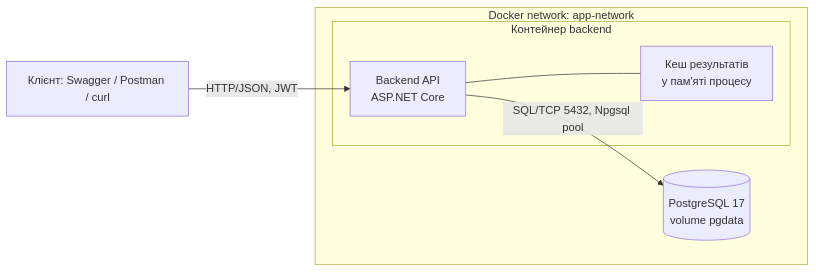
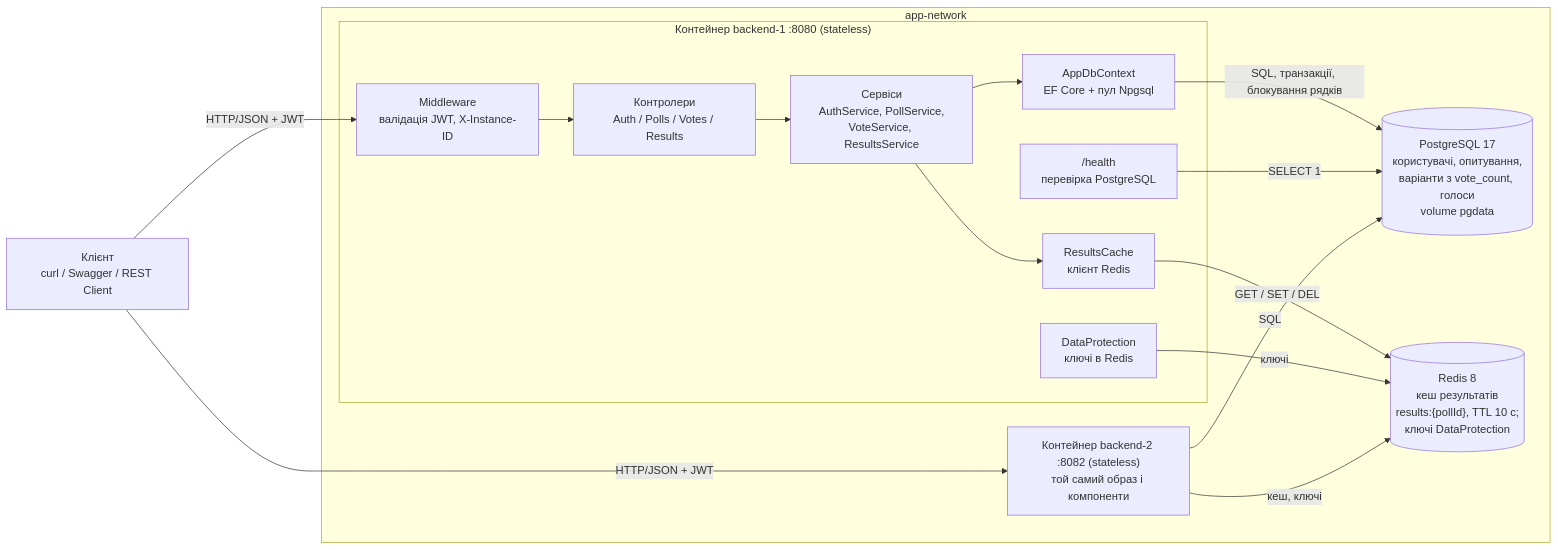
Before and after one commit to totalbyte/highload-system-practice: the second of 2 diagrams in README.md, drawn with Mermaid. The commit also changed other lines of this file and 2 other files, not shown here.

Commit message:
add lab 2 c4 component diagram and multi-instance deployment docs

````diff
--- a/README.md
+++ b/README.md
@@ -146,13 +148,31 @@
 ```mermaid
 flowchart LR
-    Client[Клієнт: Swagger / Postman / curl] -->|HTTP/JSON, JWT| API
-    subgraph app-network [Docker network: app-network]
-        subgraph backend [Контейнер backend]
-            API[Backend API<br/>ASP.NET Core]
-            Cache[Кеш результатів<br/>у пам'яті процесу]
-            API --- Cache
+    Client["Клієнт<br/>curl / Swagger / REST Client"]
+
+    subgraph app-network [app-network]
+        subgraph B1 ["Контейнер backend-1 :8080 (stateless)"]
+            MW["Middleware<br/>валідація JWT, X-Instance-ID"]
+            CTRL["Контролери<br/>Auth / Polls / Votes / Results"]
+            SVC["Сервіси<br/>AuthService, PollService,<br/>VoteService, ResultsService"]
+            RC["ResultsCache<br/>клієнт Redis"]
+            DBC["AppDbContext<br/>EF Core + пул Npgsql"]
+            DP["DataProtection<br/>ключі в Redis"]
+            HC["/health<br/>перевірка PostgreSQL"]
+            MW --> CTRL --> SVC
+            SVC --> DBC
+            SVC --> RC
         end
-        DB[(PostgreSQL 17<br/>volume pgdata)]
+        B2["Контейнер backend-2 :8082 (stateless)<br/>той самий образ і компоненти"]
+        PG[("PostgreSQL 17<br/>користувачі, опитування,<br/>варіанти з vote_count, голоси<br/>volume pgdata")]
+        RD[("Redis 8<br/>кеш результатів<br/>results:{pollId}, TTL 10 с;<br/>ключі DataProtection")]
     end
-    API -->|SQL/TCP 5432, Npgsql pool| DB
+
+    Client -->|HTTP/JSON + JWT| MW
+    Client -->|HTTP/JSON + JWT| B2
+    DBC -->|SQL, транзакції, блокування рядків| PG
+    HC -->|SELECT 1| PG
+    RC -->|GET / SET / DEL| RD
+    DP -->|ключі| RD
+    B2 -->|SQL| PG
+    B2 -->|кеш, ключі| RD
 ```
````
